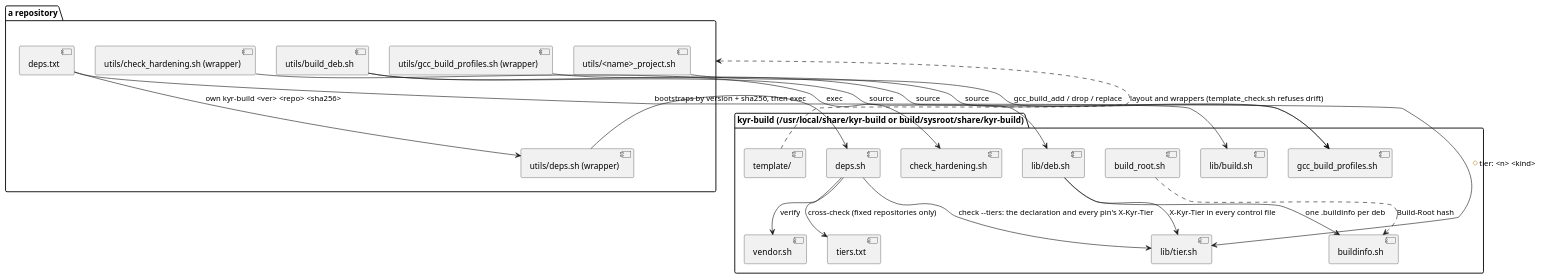
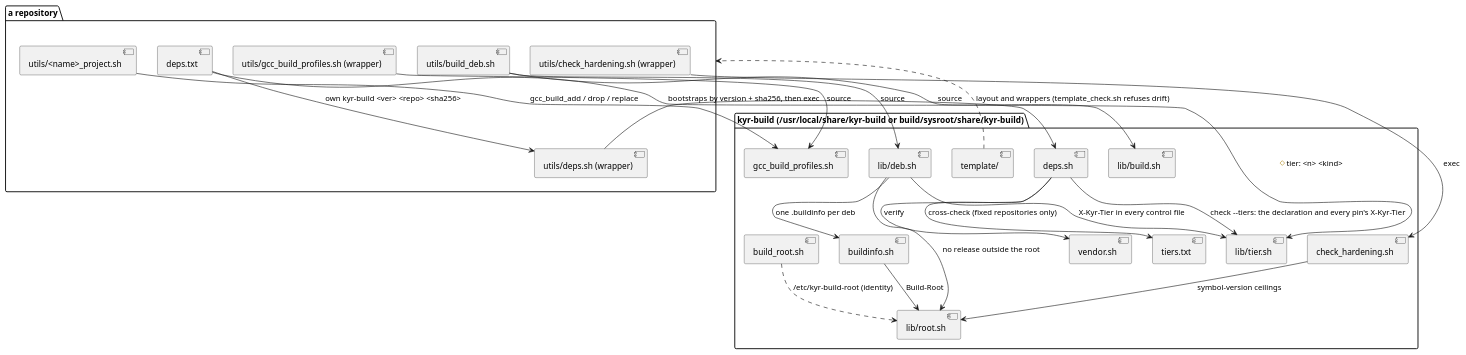
Before and after one commit to RomanHorshkov/kyr_build: the diagram in docs/diagrams/kyr_build_components.puml, drawn with PlantUML. The commit also changed 2 other files, not shown here.

Commit message:
Document the build root, the glibc ceiling and the host-build override

```diff
--- a/docs/diagrams/kyr_build_components.puml
+++ b/docs/diagrams/kyr_build_components.puml
@@ -1,39 +1,43 @@
 @startuml
 ' claim: kyr-build is one package every repository pins; nothing in it is copied into a repository
 package "kyr-build (/usr/local/share/kyr-build or build/sysroot/share/kyr-build)" {
   [gcc_build_profiles.sh] as catalog
   [check_hardening.sh] as gate
   [deps.sh] as deps
   [vendor.sh] as vendor
   [lib/deb.sh] as deblib
   [lib/build.sh] as buildlib
   [buildinfo.sh] as buildinfo
   [build_root.sh] as root
+  [lib/root.sh] as rootlib
   [tiers.txt] as tiers
   [lib/tier.sh] as tierlib
   [template/] as template
 }
 package "a repository" {
   [utils/deps.sh (wrapper)] as wdeps
   [utils/gcc_build_profiles.sh (wrapper)] as wcat
   [utils/check_hardening.sh (wrapper)] as wgate
   [utils/build_deb.sh] as bdeb
   [utils/<name>_project.sh] as project
   [deps.txt] as depstxt
 }
 wdeps --> deps : bootstraps by version + sha256, then exec
 wcat --> catalog : source
 wgate --> gate : exec
 bdeb --> deblib : source
 bdeb --> buildlib : source
 deblib --> buildinfo : one .buildinfo per deb
 deps --> tierlib : check --tiers: the declaration and every pin's X-Kyr-Tier
 deps --> tiers : cross-check (fixed repositories only)
 deblib --> tierlib : X-Kyr-Tier in every control file
 deps --> vendor : verify
 depstxt --> wdeps : own kyr-build <ver> <repo> <sha256>
 depstxt --> tierlib : # tier: <n> <kind>
 project --> catalog : gcc_build_add / drop / replace
 template ..> "a repository" : layout and wrappers (template_check.sh refuses drift)
-root ..> buildinfo : Build-Root hash
+root ..> rootlib : /etc/kyr-build-root (identity)
+buildinfo --> rootlib : Build-Root
+deblib --> rootlib : no release outside the root
+gate --> rootlib : symbol-version ceilings
 @enduml
```
